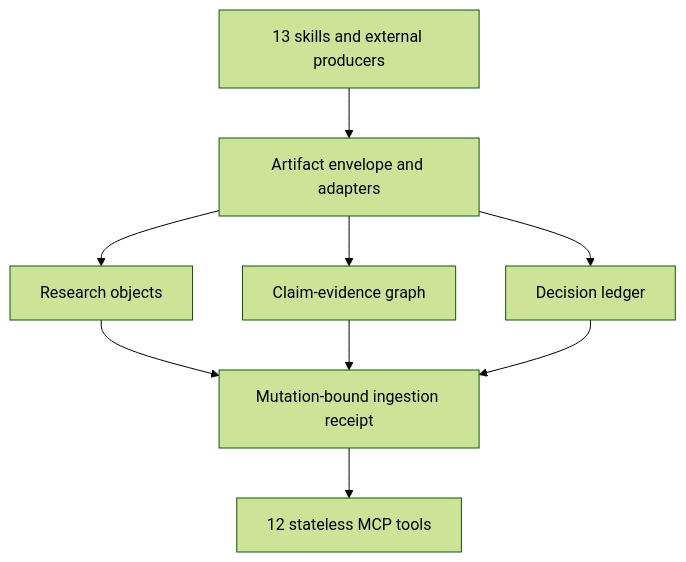
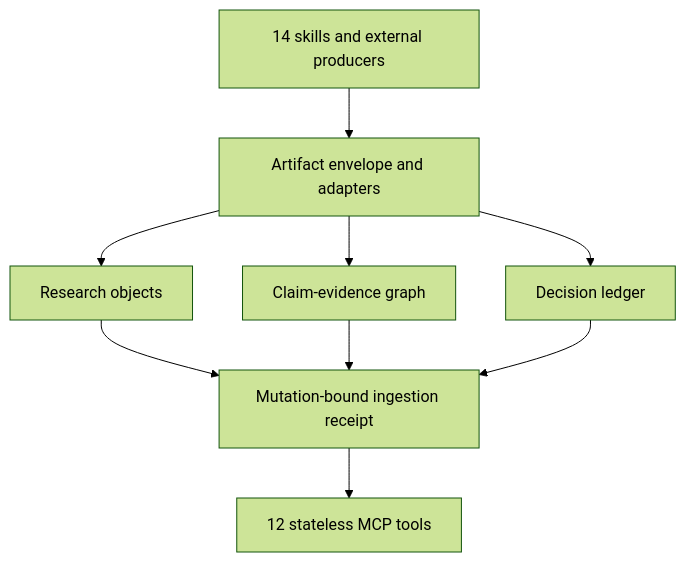
One commit to xngg1021/academic-research-kernel changed the diagram in docs/kernel-architecture.md. Above: the diagram before and after it, drawn with Mermaid (forest theme). The commit also changed other lines of this file and 24 other files, not shown here.

````diff
--- a/docs/kernel-architecture.md
+++ b/docs/kernel-architecture.md
@@ -9,11 +9,11 @@
 ```mermaid
 flowchart TD
-    A["13 skills and external producers"] --> B["Artifact envelope and adapters"]
+    A["14 skills and external producers"] --> B["Artifact envelope and adapters"]
     B --> C["Research objects"]
     B --> D["Claim-evidence graph"]
     B --> E["Decision ledger"]
     C --> F["Mutation-bound ingestion receipt"]
     D --> F
     E --> F
     F --> G["12 stateless MCP tools"]
 ```
````
